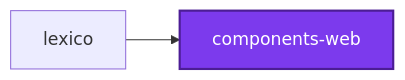
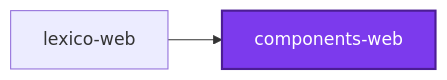
One commit to Organizzolini/codebase changed the first of 2 diagrams in packages/components-web/README.md. Above: the diagram before and after it, drawn with Mermaid. The commit also changed other lines of this file and 80 other files, not shown here.

Commit message:
refactor(lexico): ♻️ rename lexico to lexico-web under an applications/lexico group

````diff
--- a/packages/components-web/README.md
+++ b/packages/components-web/README.md
@@ -2259,8 +2259,8 @@
 ```mermaid
 graph LR
   components_web["components-web"]
-  lexico["lexico"]
-  lexico --> components_web
+  lexico_web["lexico-web"]
+  lexico_web --> components_web
   classDef subject fill:#7c3aed,color:#fff,stroke:#4c1d95,stroke-width:2px
   class components_web subject
 ```
````
